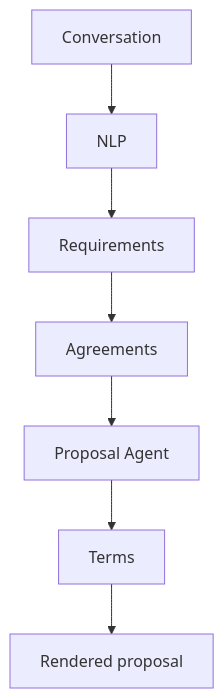
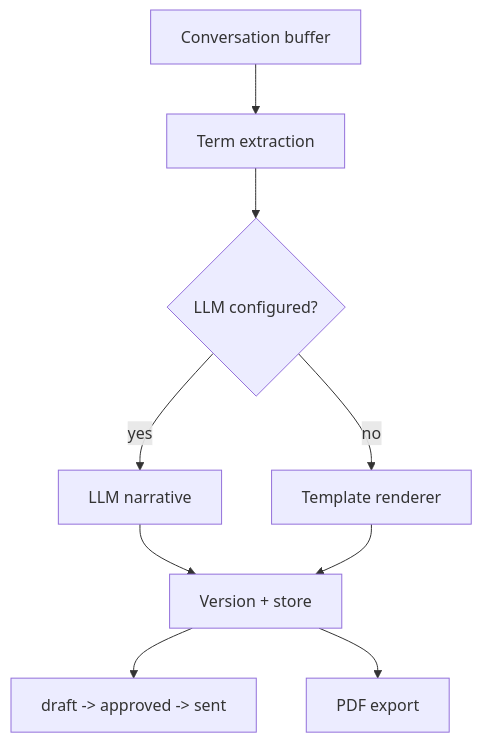
The diagram in docs/architecture/06-automated-proposal-generation.md (Gags-31/HubSpot-AI-CRM), drawn with Mermaid before and after one commit. The commit also changed other lines of this file and 62 other files, not shown here.

````diff
--- a/docs/architecture/06-automated-proposal-generation.md
+++ b/docs/architecture/06-automated-proposal-generation.md
@@ -9,9 +9,11 @@
 ```mermaid
 flowchart TD
-  C[Conversation] --> NLP[NLP]
-  NLP --> REQ[Requirements]
-  REQ --> AGR[Agreements]
-  AGR --> PA[Proposal Agent]
-  PA --> T[Terms]
-  T --> PDF[Rendered proposal]
+  C[Conversation buffer] --> REQ[Term extraction]
+  REQ --> LLM{LLM configured?}
+  LLM -- yes --> GEN[LLM narrative]
+  LLM -- no --> TPL[Template renderer]
+  GEN --> VER[Version + store]
+  TPL --> VER
+  VER --> STATUS[draft -> approved -> sent]
+  VER --> PDF[PDF export]
 ```
````
